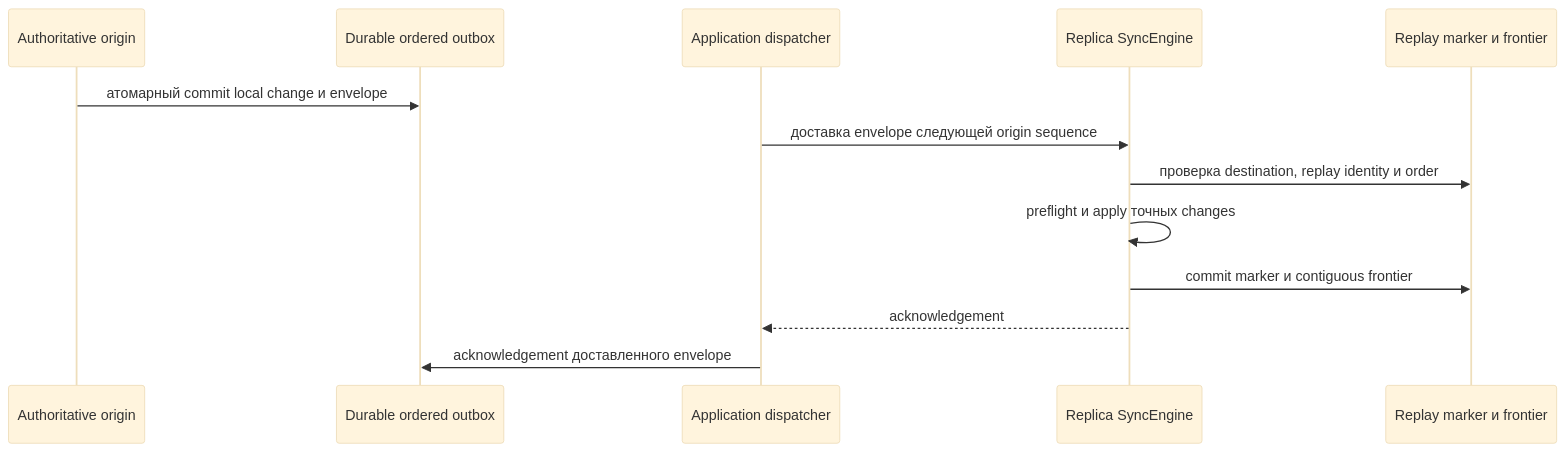
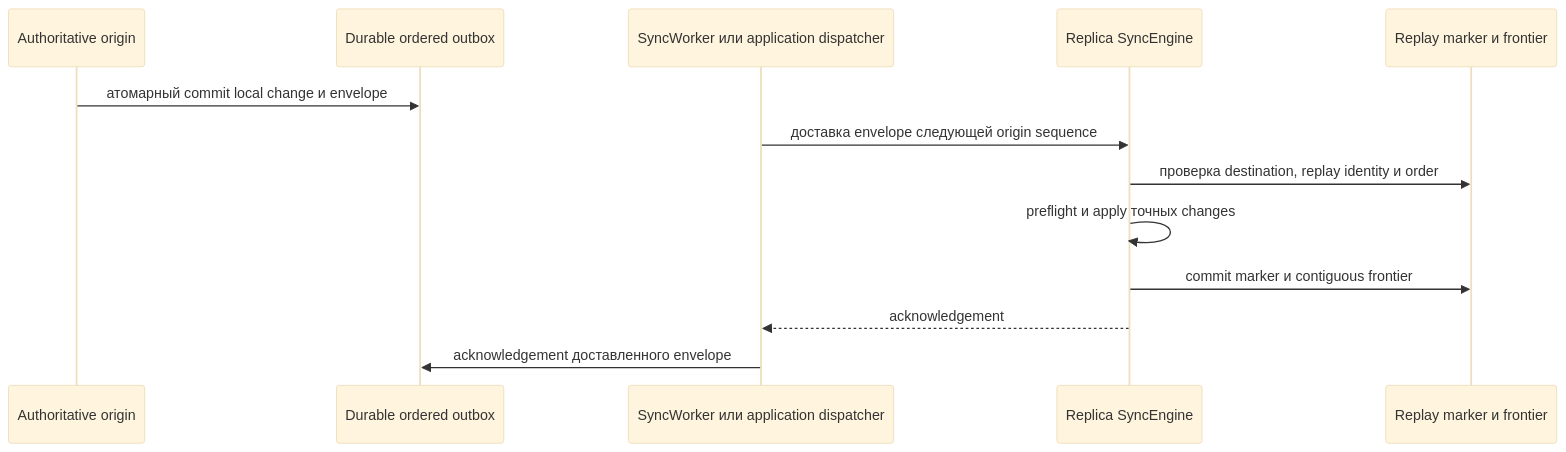
One commit to LimiNode/mdbx-containers changed the second of 2 diagrams in docs/sync-logical-RU.md. Above: the diagram before and after it, drawn with Mermaid (base theme). The commit also changed other lines of this file and 19 other files, not shown here.

````diff
--- a/docs/sync-logical-RU.md
+++ b/docs/sync-logical-RU.md
@@ -73,16 +75,16 @@
 ```mermaid
 sequenceDiagram
     participant O as Authoritative origin
     participant Outbox as Durable ordered outbox
-    participant D as Application dispatcher
+    participant D as SyncWorker или application dispatcher
     participant R as Replica SyncEngine
     participant State as Replay marker и frontier
 
     O->>Outbox: атомарный commit local change и envelope
     D->>R: доставка envelope следующей origin sequence
     R->>State: проверка destination, replay identity и order
     R->>R: preflight и apply точных changes
     R->>State: commit marker и contiguous frontier
     R-->>D: acknowledgement
     D->>Outbox: acknowledgement доставленного envelope
 ```
````
